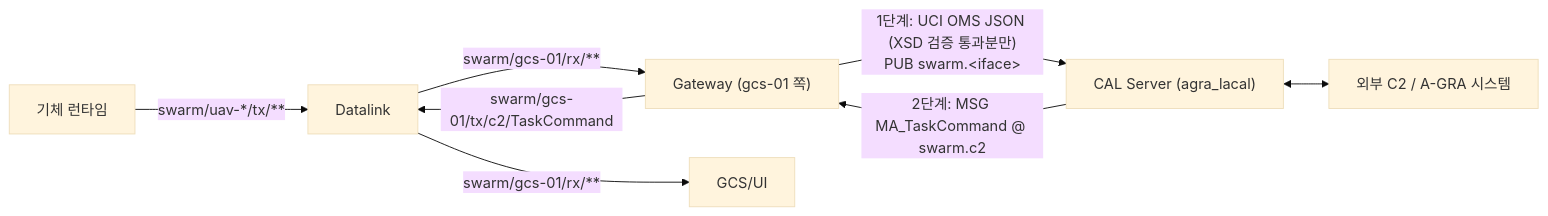
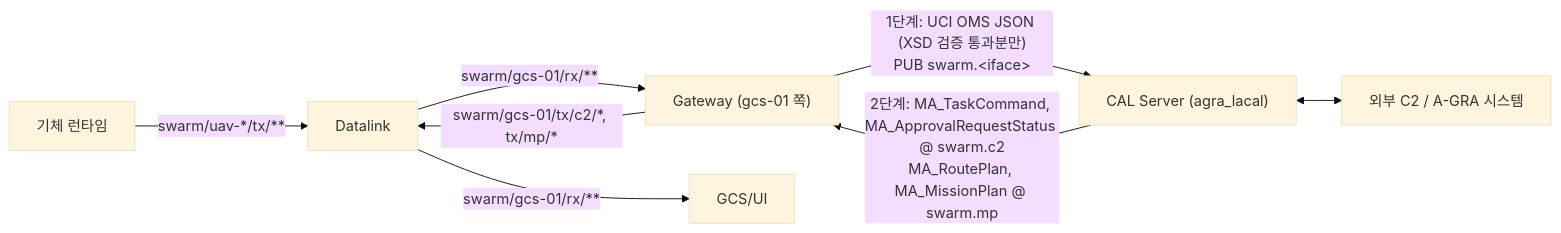
One commit to Kimbyung-wook/SwarmFlSim changed the diagram in gateway/README.md. Above: the diagram before and after it, drawn with Mermaid (base theme). The commit also changed other lines of this file and 12 other files, not shown here.

````diff
--- a/gateway/README.md
+++ b/gateway/README.md
@@ -6,10 +6,10 @@
 ```mermaid
 flowchart LR
     UAV["기체 런타임"] -- "swarm/uav-*/tx/**" --> DL["Datalink"]
     DL -- "swarm/gcs-01/rx/**" --> GW["Gateway (gcs-01 쪽)"]
     DL -- "swarm/gcs-01/rx/**" --> UI["GCS/UI"]
     GW -- "1단계: UCI OMS JSON (XSD 검증 통과분만)<br/>PUB swarm.&lt;iface&gt;" --> CAL["CAL Server (agra_lacal)"]
-    CAL -- "2단계: MSG MA_TaskCommand @ swarm.c2" --> GW
-    GW -- "swarm/gcs-01/tx/c2/TaskCommand" --> DL
+    CAL -- "2단계: MA_TaskCommand, MA_ApprovalRequestStatus @ swarm.c2<br/>MA_RoutePlan, MA_MissionPlan @ swarm.mp" --> GW
+    GW -- "swarm/gcs-01/tx/c2/*, tx/mp/*" --> DL
     CAL <--> EXT["외부 C2 / A-GRA 시스템"]
 ```
````
